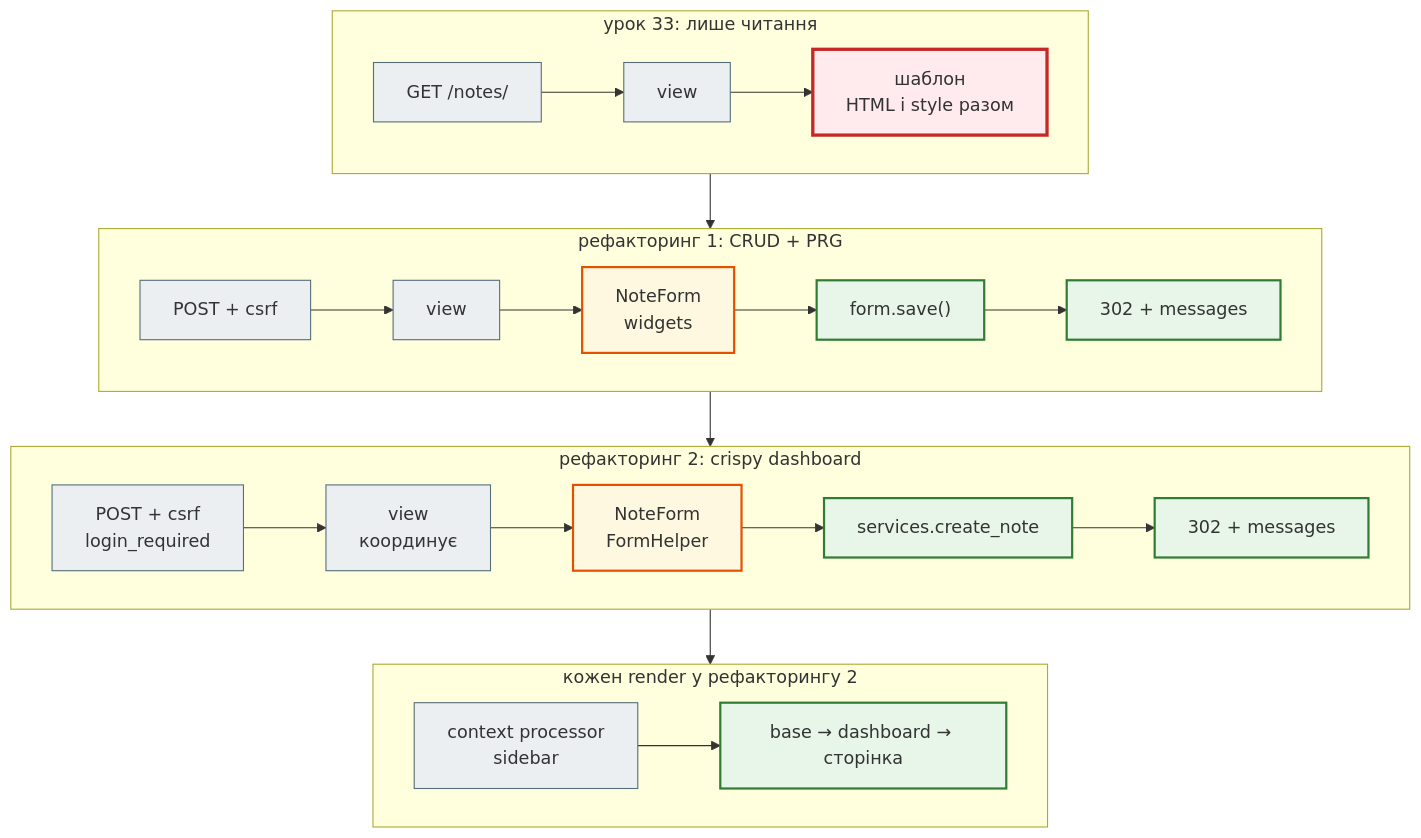
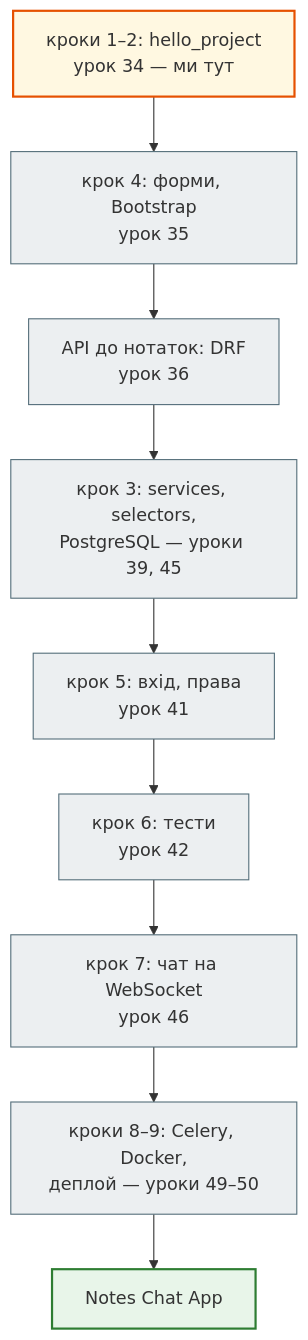
Before and after one commit to AlinaRadchenko/PY-Course-Victor-Nikoriak-22-09-2026: the fourth of 4 diagrams in docs/modules/m4/lesson_34.md, drawn with Mermaid. The commit also changed other lines of this file and 1846 other files, not shown here.

````diff
--- a/docs/modules/m4/lesson_34.md
+++ b/docs/modules/m4/lesson_34.md
@@ -563,31 +664,21 @@
 ```mermaid
 flowchart TD
     classDef step     fill:#eceff1,stroke:#546e7a,stroke-width:1px;
     classDef decision fill:#e3f2fd,stroke:#1565c0,stroke-width:2px;
     classDef success  fill:#e8f5e9,stroke:#2e7d32,stroke-width:2px;
     classDef error    fill:#ffebee,stroke:#c62828,stroke-width:3px;
     classDef warning  fill:#fff8e1,stroke:#e65100,stroke-width:2px;
 
-    subgraph S0 ["урок 33: лише читання"]
-        direction LR
-        A0["GET /notes/"] --> V0["view"] --> T0["шаблон<br>HTML і style разом"]
-    end
-    subgraph S1 ["рефакторинг 1: CRUD + PRG"]
-        direction LR
-        A1["POST + csrf"] --> V1["view"] --> F1["NoteForm<br>widgets"] --> M1["form.save()"] --> R1["302 + messages"]
-    end
-    subgraph S2 ["рефакторинг 2: crispy dashboard"]
-        direction LR
-        A2["POST + csrf<br>login_required"] --> V2["view<br>координує"] --> F2["NoteForm<br>FormHelper"] --> SV["services.create_note"] --> R2["302 + messages"]
-    end
-    subgraph S3 ["кожен render у рефакторингу 2"]
-        direction LR
-        CP["context processor<br>sidebar"] --> T2["base → dashboard → сторінка"]
-    end
-    S0 --> S1 --> S2 --> S3
+    K12["кроки 1–2: hello_project<br>урок 34 — ми тут"] --> K4["крок 4: форми, Bootstrap<br>урок 35"]
+    K4 --> API["API до нотаток: DRF<br>урок 36"]
+    API --> K3["крок 3: services, selectors,<br>PostgreSQL — уроки 39, 45"]
+    K3 --> K5["крок 5: вхід, права<br>урок 41"]
+    K5 --> K6["крок 6: тести<br>урок 42"]
+    K6 --> K7["крок 7: чат на WebSocket<br>урок 46"]
+    K7 --> K89["кроки 8–9: Celery, Docker,<br>деплой — уроки 49–50"]
+    K89 --> FIN["Notes Chat App"]
 
-    class A0,V0,A1,V1,A2,V2,CP step
-    class T0 error
-    class F1,F2 warning
-    class M1,SV,R1,R2,T2 success
+    class K12 warning
+    class K4,API,K3,K5,K6,K7,K89 step
+    class FIN success
 ```
````
